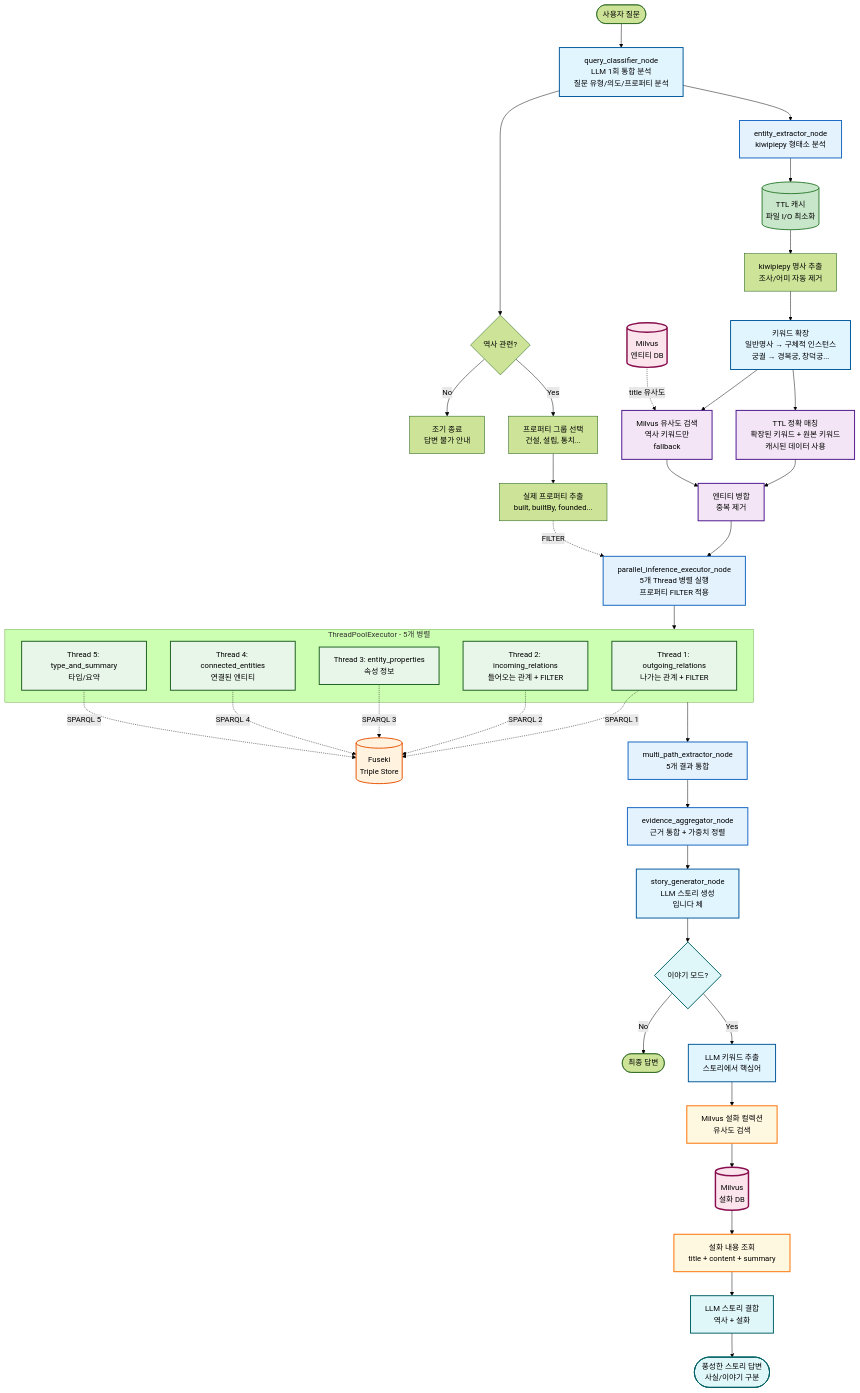
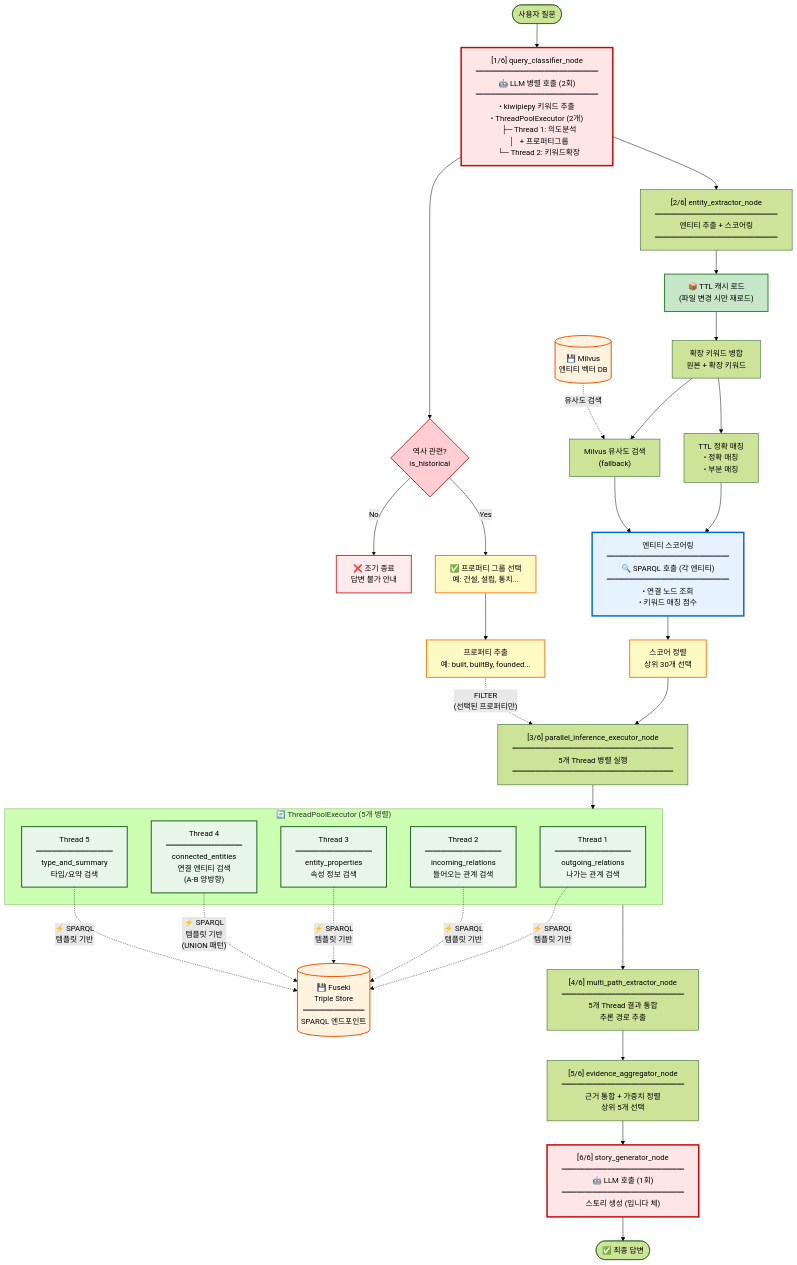
Before and after one commit to SKNETWORKS-FAMILY-AICAMP/SKN18-FINAL-3TEAM: the first of 5 diagrams in backend/ontology_langgraph_structure/docs/README.md, drawn with Mermaid (forest theme). The commit also changed other lines of this file and 16 other files, not shown here.

Commit message:
refactor:프로퍼티 그룹 추출_LLM 추가

````diff
--- a/backend/ontology_langgraph_structure/docs/README.md
+++ b/backend/ontology_langgraph_structure/docs/README.md
@@ -5,92 +5,74 @@
 ```mermaid
 graph TD
-    Start([사용자 질문]) --> QueryClassifier[query_classifier_node<br/>LLM 1회 통합 분석<br/>질문 유형/의도/프로퍼티 분석]
+    Start([사용자 질문]) --> QueryClassifier["[1/6] query_classifier_node<br/>━━━━━━━━━━━━━━━━<br/>🤖 LLM 병렬 호출 (2회)<br/>━━━━━━━━━━━━━━━━<br/>• kiwipiepy 키워드 추출<br/>• ThreadPoolExecutor (2개)<br/>  ├─ Thread 1: 의도분석<br/>  │   + 프로퍼티그룹<br/>  └─ Thread 2: 키워드확장"]
 
-    QueryClassifier --> HistoryCheck{역사 관련?}
+    QueryClassifier --> HistoryCheck{역사 관련?<br/>is_historical}
 
-    HistoryCheck -->|No| EarlyExit[조기 종료<br/>답변 불가 안내]
-    HistoryCheck -->|Yes| PropGroups[프로퍼티 그룹 선택<br/>건설, 설립, 통치...]
+    HistoryCheck -->|No| EarlyExit["❌ 조기 종료<br/>답변 불가 안내"]
+    HistoryCheck -->|Yes| PropGroups["✅ 프로퍼티 그룹 선택<br/>예: 건설, 설립, 통치..."]
 
-    PropGroups --> PropList[실제 프로퍼티 추출<br/>built, builtBy, founded...]
+    PropGroups --> PropList["프로퍼티 추출<br/>예: built, builtBy, founded..."]
 
-    QueryClassifier --> EntityExtractor[entity_extractor_node<br/>kiwipiepy 형태소 분석]
+    QueryClassifier --> EntityExtractor["[2/6] entity_extractor_node<br/>━━━━━━━━━━━━━━━━<br/>엔티티 추출 + 스코어링<br/>━━━━━━━━━━━━━━━━"]
 
-    %% 하이브리드 엔티티 추출 최적화
-    EntityExtractor --> TTLCache[(TTL 캐시<br/>파일 I/O 최소화)]
-    TTLCache --> KiwiExtract[kiwipiepy 명사 추출<br/>조사/어미 자동 제거]
+    EntityExtractor --> TTLCache["📦 TTL 캐시 로드<br/>(파일 변경 시만 재로드)"]
+    TTLCache --> KeywordMerge["확장 키워드 병합<br/>원본 + 확장 키워드"]
 
-    KiwiExtract --> KeywordExpand[키워드 확장<br/>일반명사 → 구체적 인스턴스<br/>궁궐 → 경복궁, 창덕궁...]
+    KeywordMerge --> TTLMatch["TTL 정확 매칭<br/>• 정확 매칭<br/>• 부분 매칭"]
+    KeywordMerge --> MilvusSearch["Milvus 유사도 검색<br/>(fallback)"]
 
-    KeywordExpand --> TTLMatch[TTL 정확 매칭<br/>확장된 키워드 + 원본 키워드<br/>캐시된 데이터 사용]
-    KeywordExpand --> MilvusSearch[Milvus 유사도 검색<br/>역사 키워드만<br/>fallback]
+    TTLMatch --> EntityScore["엔티티 스코어링<br/>━━━━━━━━━━━━━━━━<br/>🔍 SPARQL 호출 (각 엔티티)<br/>━━━━━━━━━━━━━━━━<br/>• 연결 노드 조회<br/>• 키워드 매칭 점수"]
+    MilvusSearch --> EntityScore
 
-    TTLMatch --> EntityMerge[엔티티 병합<br/>중복 제거]
-    MilvusSearch --> EntityMerge
+    MilvusDB[("💾 Milvus<br/>엔티티 벡터 DB")] -.->|유사도 검색| MilvusSearch
 
-    MilvusDB[(Milvus<br/>엔티티 DB)] -.->|title 유사도| MilvusSearch
+    EntityScore --> EntitySort["스코어 정렬<br/>상위 30개 선택"]
 
-    EntityMerge --> ParallelNode[parallel_inference_executor_node<br/>5개 Thread 병렬 실행<br/>프로퍼티 FILTER 적용]
+    EntitySort --> ParallelNode["[3/6] parallel_inference_executor_node<br/>━━━━━━━━━━━━━━━━━━━━━<br/>5개 Thread 병렬 실행<br/>━━━━━━━━━━━━━━━━━━━━━"]
 
-    PropList -.->|FILTER| ParallelNode
+    PropList -.->|"FILTER<br/>(선택된 프로퍼티만)"| ParallelNode
 
-    %% 5개 Thread - 각각 독립적으로 SPARQL 생성 + Fuseki 검색
-    subgraph ThreadPool["ThreadPoolExecutor - 5개 병렬"]
-        Thread1[Thread 1: outgoing_relations<br/>나가는 관계 + FILTER]
-        Thread2[Thread 2: incoming_relations<br/>들어오는 관계 + FILTER]
-        Thread3[Thread 3: entity_properties<br/>속성 정보]
-        Thread4[Thread 4: connected_entities<br/>연결된 엔티티]
-        Thread5[Thread 5: type_and_summary<br/>타입/요약]
+    subgraph ThreadPool["🔄 ThreadPoolExecutor (5개 병렬)"]
+        Thread1["Thread 1<br/>━━━━━━━━━━<br/>outgoing_relations<br/>나가는 관계 검색"]
+        Thread2["Thread 2<br/>━━━━━━━━━━<br/>incoming_relations<br/>들어오는 관계 검색"]
+        Thread3["Thread 3<br/>━━━━━━━━━━<br/>entity_properties<br/>속성 정보 검색"]
+        Thread4["Thread 4<br/>━━━━━━━━━━<br/>connected_entities<br/>연결 엔티티 검색<br/>(A-B 양방향)"]
+        Thread5["Thread 5<br/>━━━━━━━━━━<br/>type_and_summary<br/>타입/요약 검색"]
     end
 
     ParallelNode --> ThreadPool
 
-    Thread1 -.->|SPARQL 1| Fuseki[(Fuseki<br/>Triple Store)]
-    Thread2 -.->|SPARQL 2| Fuseki
-    Thread3 -.->|SPARQL 3| Fuseki
-    Thread4 -.->|SPARQL 4| Fuseki
-    Thread5 -.->|SPARQL 5| Fuseki
+    Thread1 -.->|"⚡ SPARQL<br/>템플릿 기반"| Fuseki[("💾 Fuseki<br/>Triple Store<br/>━━━━━━━━<br/>SPARQL 엔드포인트")]
+    Thread2 -.->|"⚡ SPARQL<br/>템플릿 기반"| Fuseki
+    Thread3 -.->|"⚡ SPARQL<br/>템플릿 기반"| Fuseki
+    Thread4 -.->|"⚡ SPARQL<br/>템플릿 기반<br/>(UNION 패턴)"| Fuseki
+    Thread5 -.->|"⚡ SPARQL<br/>템플릿 기반"| Fuseki
 
-    ThreadPool --> PathExtractor[multi_path_extractor_node<br/>5개 결과 통합]
+    ThreadPool --> PathExtractor["[4/6] multi_path_extractor_node<br/>━━━━━━━━━━━━━━━━<br/>5개 Thread 결과 통합<br/>추론 경로 추출"]
 
-    PathExtractor --> EvidenceAgg[evidence_aggregator_node<br/>근거 통합 + 가중치 정렬]
+    PathExtractor --> EvidenceAgg["[5/6] evidence_aggregator_node<br/>━━━━━━━━━━━━━━━━<br/>근거 통합 + 가중치 정렬<br/>상위 5개 선택"]
 
-    EvidenceAgg --> StoryGen[story_generator_node<br/>LLM 스토리 생성<br/>입니다 체]
+    EvidenceAgg --> StoryGen["[6/6] story_generator_node<br/>━━━━━━━━━━━━━━━━<br/>🤖 LLM 호출 (1회)<br/>━━━━━━━━━━━━━━━━<br/>스토리 생성 (입니다 체)"]
 
-    StoryGen --> StoryModeCheck{이야기 모드?}
-
-    StoryModeCheck -->|No| Output([최종 답변])
-    StoryModeCheck -->|Yes| KeywordExtract[LLM 키워드 추출<br/>스토리에서 핵심어]
-
-    %% 설화 검색 상세 흐름
-    KeywordExtract --> FolktaleSearch[Milvus 설화 컬렉션<br/>유사도 검색]
-    FolktaleSearch --> FolktaleDB[(Milvus<br/>설화 DB)]
-    FolktaleDB --> ContentFetch[설화 내용 조회<br/>title + content + summary]
-    ContentFetch --> StoryMerge[LLM 스토리 결합<br/>역사 + 설화]
-    StoryMerge --> EnhancedOutput([풍성한 스토리 답변<br/>사실/이야기 구분])
+    StoryGen --> Output([✅ 최종 답변])
 
     %% 스타일
-    classDef llmNode fill:#e1f5ff,stroke:#01579b,stroke-width:2px
+    classDef llmNode fill:#ffe6e6,stroke:#cc0000,stroke-width:3px,color:#000
+    classDef sparqlNode fill:#e6f3ff,stroke:#0066cc,stroke-width:3px,color:#000
     classDef dbNode fill:#fff3e0,stroke:#e65100,stroke-width:2px
     classDef parallelNode fill:#e8f5e9,stroke:#1b5e20,stroke-width:2px
     classDef vectorNode fill:#fce4ec,stroke:#880e4f,stroke-width:3px
-    classDef hybridNode fill:#f3e5f5,stroke:#4a148c,stroke-width:2px
-    classDef storyNode fill:#e0f7fa,stroke:#006064,stroke-width:2px
-    classDef folktaleNode fill:#fff8e1,stroke:#ff6f00,stroke-width:2px
-    classDef nodeStyle fill:#e3f2fd,stroke:#1565c0,stroke-width:2px
     classDef cacheNode fill:#c8e6c9,stroke:#2e7d32,stroke-width:2px
+    classDef scoreNode fill:#fff9c4,stroke:#f57f17,stroke-width:2px
+    classDef checkNode fill:#ffcdd2,stroke:#c62828,stroke-width:2px
+    classDef exitNode fill:#ffebee,stroke:#d32f2f,stroke-width:2px
 
-    class QueryClassifier,StoryGen,KeywordExtract,KeywordExpand llmNode
-    class KiwiExtract fill:#a5d6a7,stroke:#2e7d32,stroke-width:2px
-    class Fuseki dbNode
-    class HistoryCheck fill:#ffcdd2,stroke:#c62828,stroke-width:2px
-    class EarlyExit fill:#ffebee,stroke:#d32f2f,stroke-width:2px
+    class QueryClassifier,StoryGen llmNode
+    class EntityScore sparqlNode
+    class Fuseki,MilvusDB dbNode
     class Thread1,Thread2,Thread3,Thread4,Thread5 parallelNode
-    class MilvusDB,FolktaleDB vectorNode
-    class TTLMatch,MilvusSearch,EntityMerge hybridNode
-    class TTLMatch fill:#c8e6c9,stroke:#2e7d32,stroke-width:2px
-    class StoryModeCheck,StoryMerge,EnhancedOutput storyNode
-    class FolktaleSearch,ContentFetch folktaleNode
-    class ParallelNode,PathExtractor,EvidenceAgg,EntityExtractor nodeStyle
     class TTLCache cacheNode
-    class PropGroups,PropList fill:#fff9c4,stroke:#f57f17,stroke-width:2px
+    class PropGroups,PropList,EntitySort scoreNode
+    class HistoryCheck checkNode
+    class EarlyExit exitNode
 ```
````
